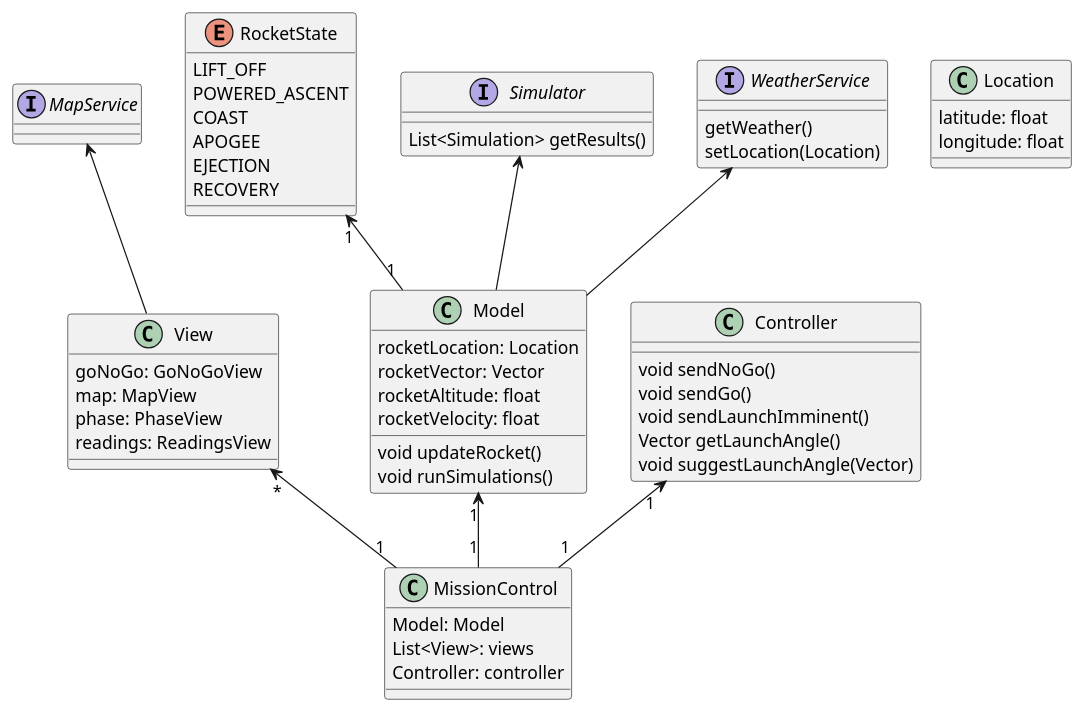
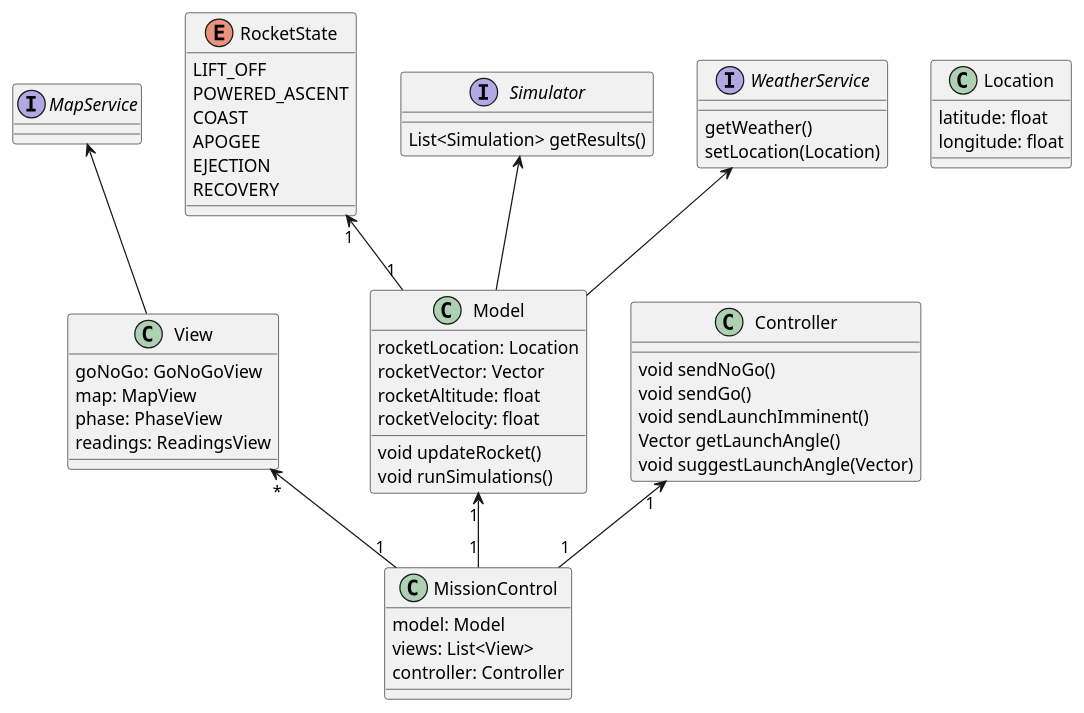
Before and after one commit to andrewellio/mission-control-: the diagram in uml_diagrams/class_diagram/class_diagram.puml, drawn with PlantUML.

Commit message:
corrected order

```diff
--- a/uml_diagrams/class_diagram/class_diagram.puml
+++ b/uml_diagrams/class_diagram/class_diagram.puml
@@ -1,65 +1,65 @@
 @startuml MissionControl
 class MissionControl {
-    Model: Model
-    List<View>: views
-    Controller: controller
+    model: Model
+    views: List<View>
+    controller: Controller
 }
 
 class View {
   goNoGo: GoNoGoView
   map: MapView
   phase: PhaseView
   readings: ReadingsView
 }
 
 class Model {
   rocketLocation: Location
   rocketVector: Vector
   rocketAltitude: float
   rocketVelocity: float
 
   void updateRocket()
   void runSimulations()
 }
 
 class Controller {
   void sendNoGo()
   void sendGo()
   void sendLaunchImminent()
   Vector getLaunchAngle()
   void suggestLaunchAngle(Vector)
 }
 
 View "*" <-- "1" MissionControl
 Model "1" <-- "1" MissionControl
 Controller "1" <-- "1" MissionControl
 
 enum RocketState {
   LIFT_OFF
   POWERED_ASCENT
   COAST
   APOGEE
   EJECTION
   RECOVERY
 }
 
 class Location {
     latitude: float
     longitude: float
 }
 
 RocketState "1" <-- "1" Model
 
 interface Simulator {
     List<Simulation> getResults()
 }
 interface WeatherService {
     getWeather()
     setLocation(Location)
 }
 interface MapService
 
 Simulator <-- Model
 WeatherService <-- Model
 MapService <-- View
 @enduml
```
